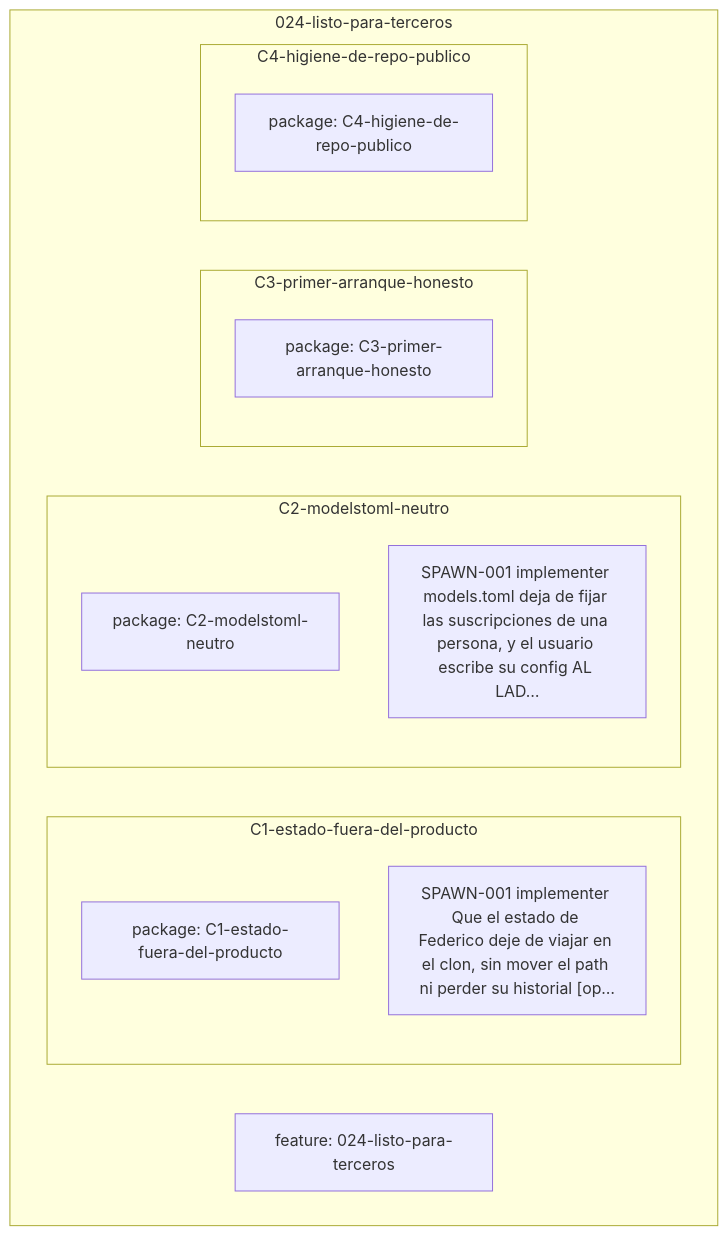
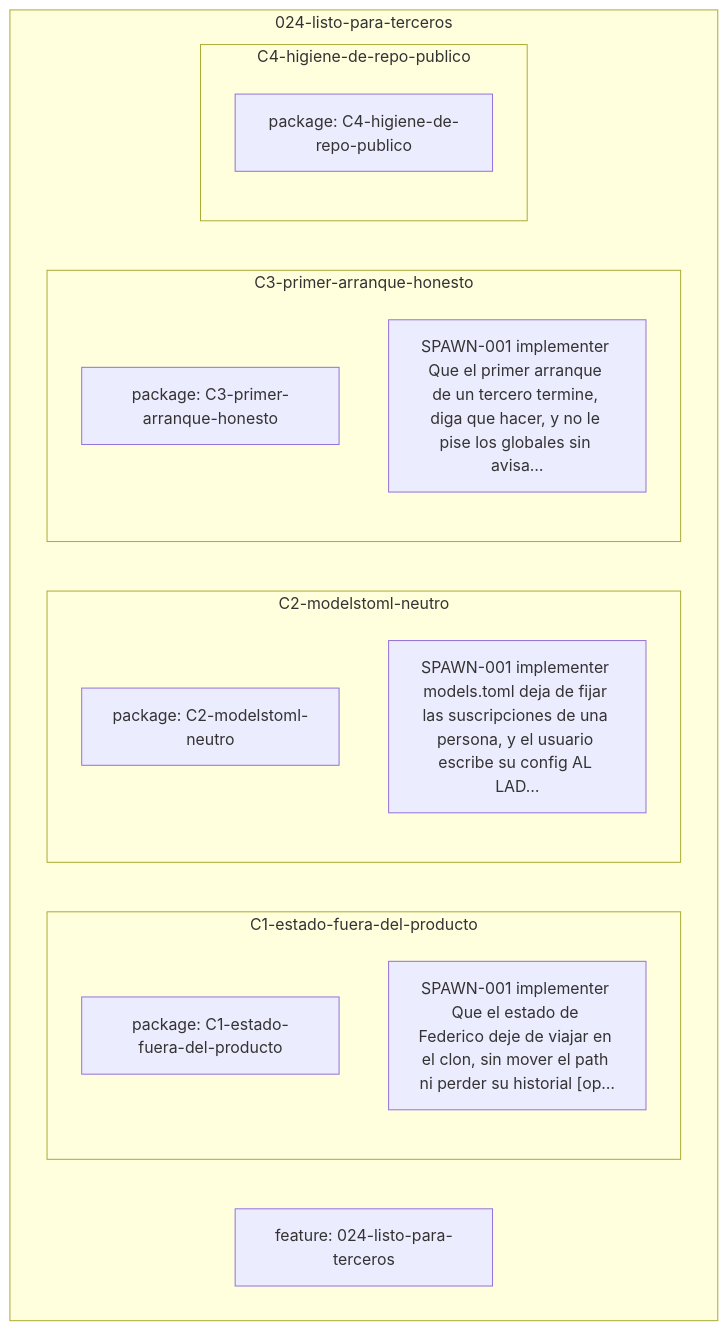
The diagram in docs/notas/features/024-listo-para-terceros/grafo.md (federico0330/set-agents), drawn with Mermaid before and after one commit. The commit also changed 16 other files, not shown here.

First line of the commit message:
024/C3 primer-arranque-honesto: instalar deja de colgarse, de callar y de pisar (ADR-0049)

````diff
--- a/docs/notas/features/024-listo-para-terceros/grafo.md
+++ b/docs/notas/features/024-listo-para-terceros/grafo.md
@@ -4,20 +4,21 @@
 ```mermaid
 flowchart TD
 subgraph sg_024_listo_para_terceros["024-listo-para-terceros"]
   feature_024_listo_para_terceros_1["feature: 024-listo-para-terceros"]
   subgraph sg_024_listo_para_terceros_c1_estado_fuera_del_producto["C1-estado-fuera-del-producto"]
     package_024_listo_para_terceros_c1_estado_fuera_del_producto_1["package: C1-estado-fuera-del-producto"]
     spawn_024_listo_para_terceros_c1_estado_fuera_del_producto_1["SPAWN-001 implementer Que el estado de Federico deje de viajar en el clon, sin mover el path ni perder su historial #91;op…"]
   end
   subgraph sg_024_listo_para_terceros_c2_modelstoml_neutro["C2-modelstoml-neutro"]
     package_024_listo_para_terceros_c2_modelstoml_neutro_1["package: C2-modelstoml-neutro"]
     spawn_024_listo_para_terceros_c2_modelstoml_neutro_1["SPAWN-001 implementer models.toml deja de fijar las suscripciones de una persona, y el usuario escribe su config AL LAD…"]
   end
   subgraph sg_024_listo_para_terceros_c3_primer_arranque_honesto["C3-primer-arranque-honesto"]
     package_024_listo_para_terceros_c3_primer_arranque_honesto_1["package: C3-primer-arranque-honesto"]
+    spawn_024_listo_para_terceros_c3_primer_arranque_honesto_1["SPAWN-001 implementer Que el primer arranque de un tercero termine, diga que hacer, y no le pise los globales sin avisa…"]
   end
   subgraph sg_024_listo_para_terceros_c4_higiene_de_repo_publico["C4-higiene-de-repo-publico"]
     package_024_listo_para_terceros_c4_higiene_de_repo_publico_1["package: C4-higiene-de-repo-publico"]
   end
 end
 ```
````
